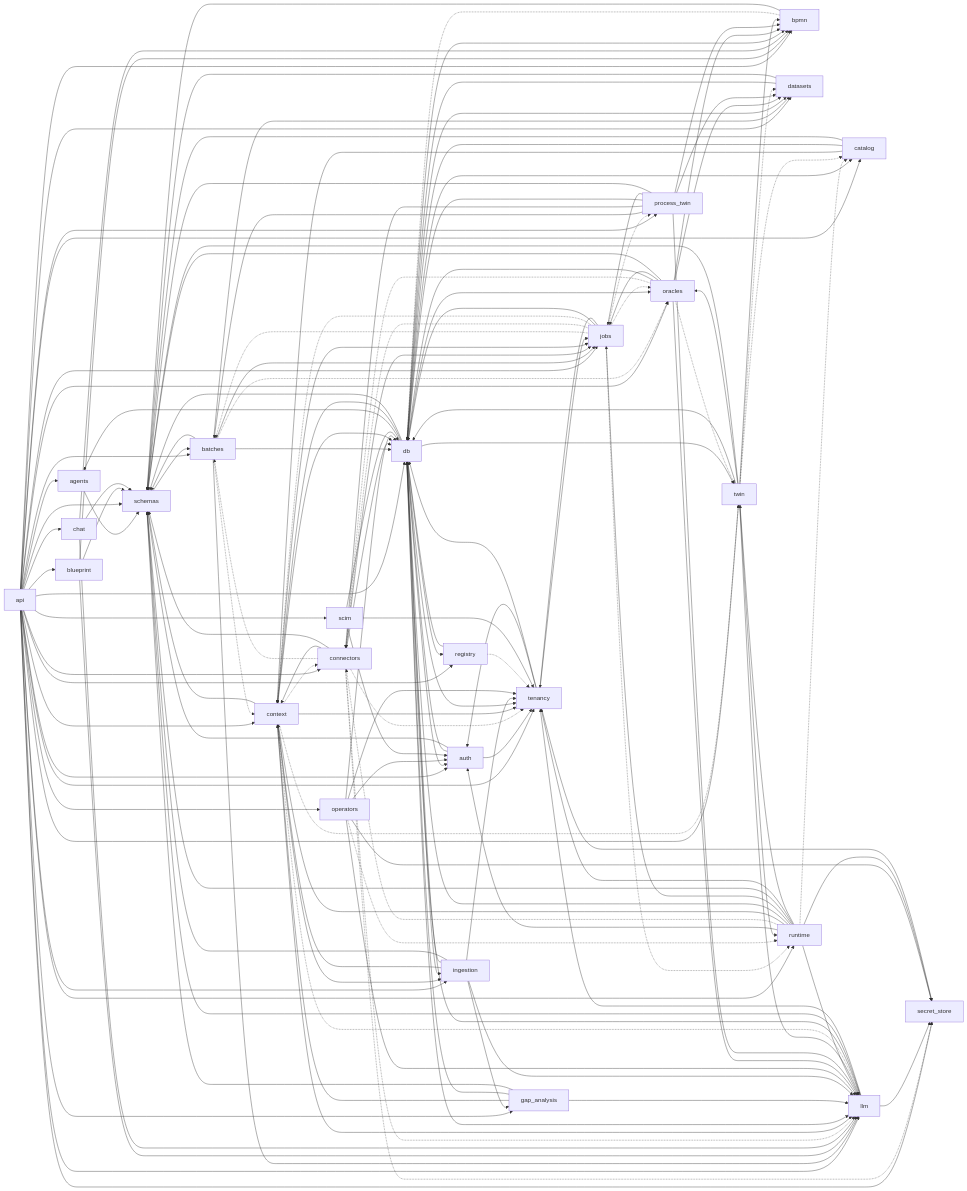
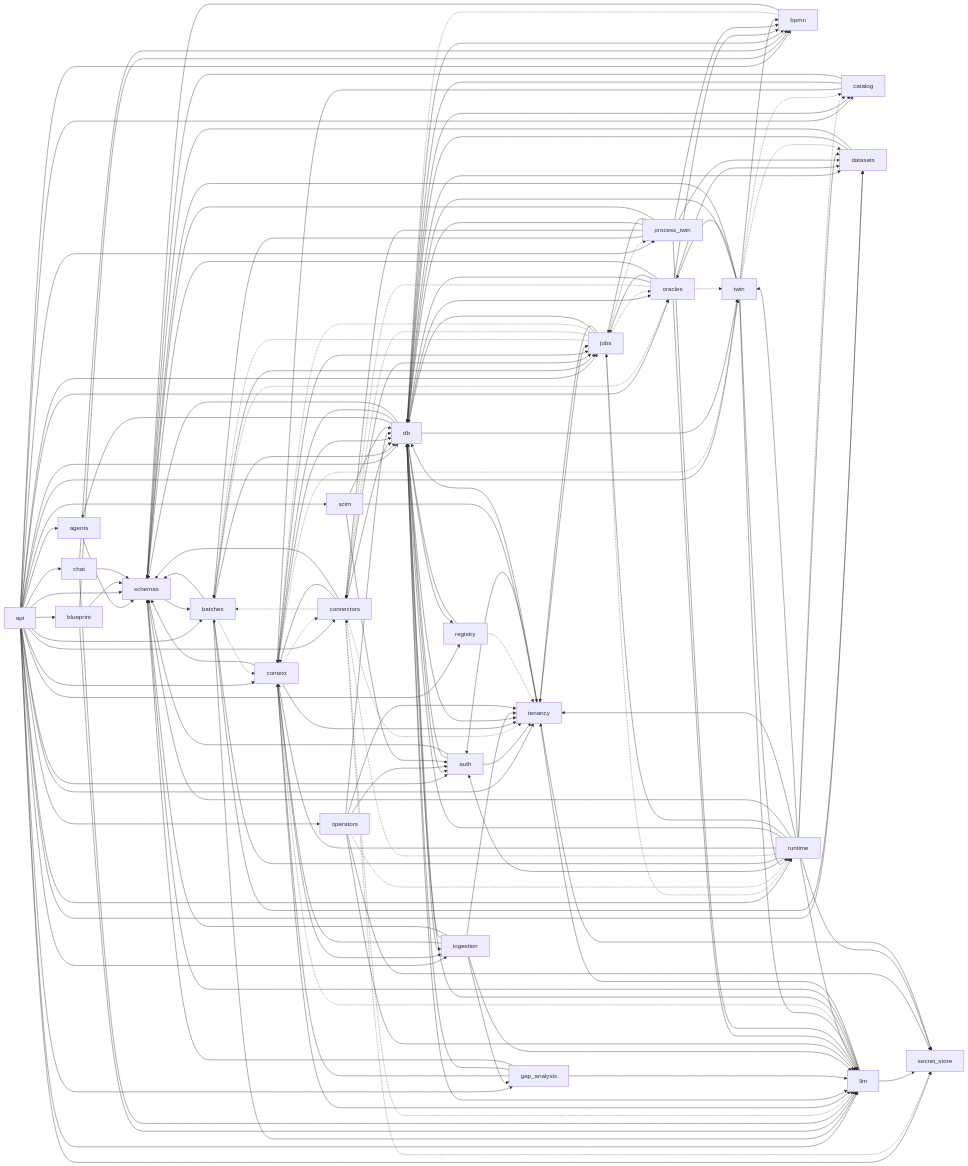
Before and after one commit to jayendukumar/agentify: the third of 8 diagrams in docs/wiki/Architecture.md, drawn with Mermaid. The commit also changed other lines of this file and 31 other files, not shown here.

```diff
--- a/docs/wiki/Architecture.md
+++ b/docs/wiki/Architecture.md
@@ -250,9 +250,11 @@
     registry --> db
     registry -.-> tenancy
     runtime --> auth
+    runtime --> batches
     runtime -.-> catalog
     runtime -.-> connectors
     runtime --> context
+    runtime --> datasets
     runtime --> db
     runtime --> jobs
     runtime --> llm
```
